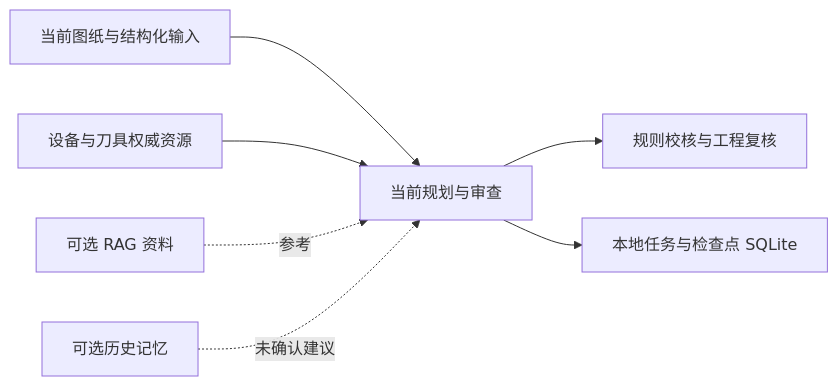
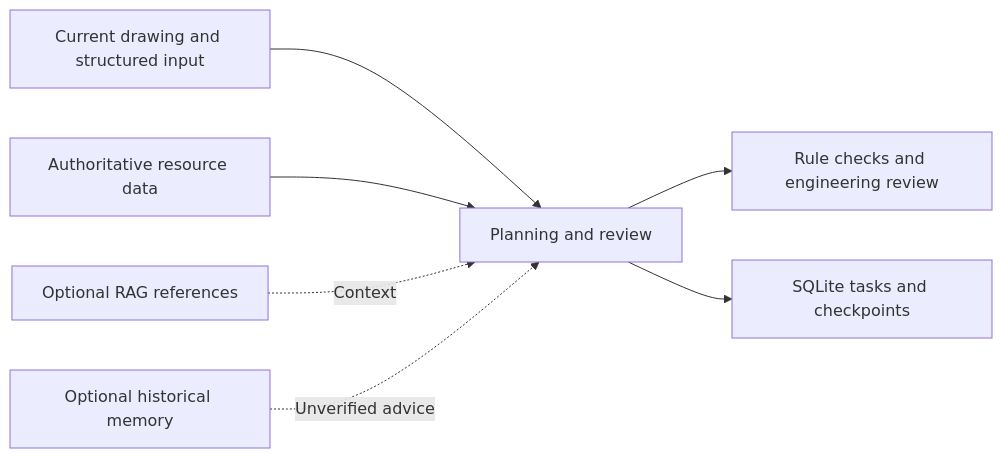
One commit to Taxueovo/Shaft-Machining-Planner changed the second of 2 diagrams in README.md. Above: the diagram before and after it, drawn with Mermaid. The commit also changed other lines of this file and 12 other files, not shown here.

````diff
--- a/README.md
+++ b/README.md
@@ -180,9 +191,9 @@
 ```mermaid
 flowchart LR
-  A[当前图纸与结构化输入] --> P[当前规划与审查]
-  R[设备与刀具权威资源] --> P
-  K[可选 RAG 资料] -.参考.-> P
-  M[可选历史记忆] -.未确认建议.-> P
-  P --> V[规则校核与工程复核]
-  P --> S[本地任务与检查点 SQLite]
+  A[Current drawing and structured input] --> P[Planning and review]
+  R[Authoritative resource data] --> P
+  K[Optional RAG references] -.Context.-> P
+  M[Optional historical memory] -.Unverified advice.-> P
+  P --> V[Rule checks and engineering review]
+  P --> S[SQLite tasks and checkpoints]
 ```
````
